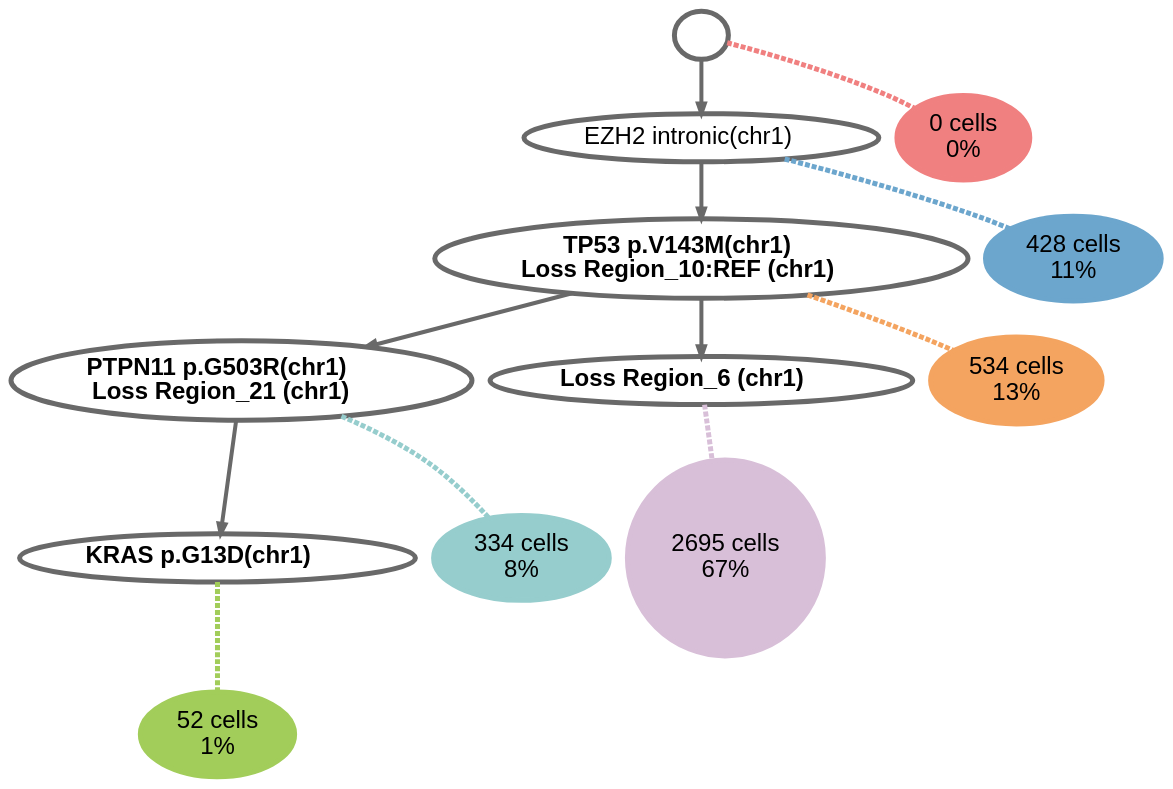
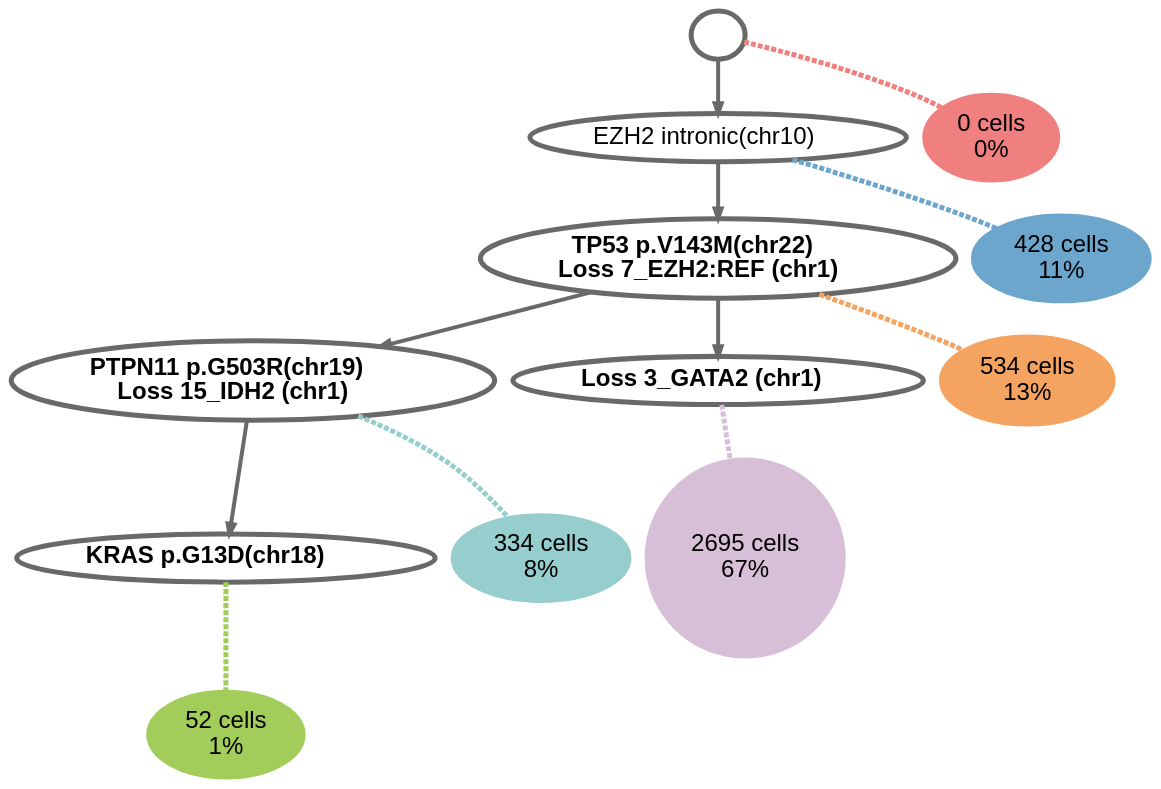
One commit to pawlakG/ScIGMA changed the diagram in results/compass_output/AML-101-001/AML-101-001_c8_l50_tree.gv. Above: the diagram before and after it, drawn with Graphviz. The commit also changed 144 other files, not shown here.

Commit message:
Fix chromosome label. Still bug on loss and gain chromosome anotation

```diff
--- a/results/compass_output/AML-101-001/AML-101-001_c8_l50_tree.gv
+++ b/results/compass_output/AML-101-001/AML-101-001_c8_l50_tree.gv
@@ -1,26 +1,26 @@
 digraph G{
 node [color=dimgray fontsize=24 fontcolor=black fontname=Helvetica penwidth=5];
 0 -> 1 [color=dimgray penwidth=4 weight=2];
 1 -> 2 [color=dimgray penwidth=4 weight=2];
 2 -> 3 [color=dimgray penwidth=4 weight=2];
 2 -> 4 [color=dimgray penwidth=4 weight=2];
 3 -> 5 [color=dimgray penwidth=4 weight=2];
 0[label=< >];
-1[label=<EZH2 intronic(chr1)<br/>>];
-2[label=<<B>TP53 p.V143M(chr1)</B><br/><B>Loss Region_10:REF (chr1)</B><br/>>];
-3[label=<<B>PTPN11 p.G503R(chr1)</B><br/><B>Loss Region_21 (chr1)</B><br/>>];
-4[label=<<B>Loss Region_6 (chr1)</B><br/>>];
-5[label=<<B>KRAS p.G13D(chr1)</B><br/>>];
+1[label=<EZH2 intronic(chr10)<br/>>];
+2[label=<<B>TP53 p.V143M(chr22)</B><br/><B>Loss 7_EZH2:REF (chr1)</B><br/>>];
+3[label=<<B>PTPN11 p.G503R(chr19)</B><br/><B>Loss 15_IDH2 (chr1)</B><br/>>];
+4[label=<<B>Loss 3_GATA2 (chr1)</B><br/>>];
+5[label=<<B>KRAS p.G13D(chr18)</B><br/>>];
 0 -> 6 [dir=none style=dashed weight=1 penwidth=5 color=lightcoral];
 1 -> 7 [dir=none style=dashed weight=1 penwidth=5 color=skyblue3];
 2 -> 8 [dir=none style=dashed weight=1 penwidth=5 color=sandybrown];
 3 -> 9 [dir=none style=dashed weight=1 penwidth=5 color=paleturquoise3];
 4 -> 10 [dir=none style=dashed weight=1 penwidth=5 color=thistle];
 5 -> 11 [dir=none style=dashed weight=1 penwidth=5 color=darkolivegreen3];
 6[label="0 cells\n0\%" style = filled width=0 height=0 color=lightcoral];
 7[label="428 cells\n11\%" style = filled width=1.08455 height=1.08455 color=skyblue3];
 8[label="534 cells\n13\%" style = filled width=1.21143 height=1.21143 color=sandybrown];
 9[label="334 cells\n8\%" style = filled width=0.958076 height=0.958076 color=paleturquoise3];
 10[label="2695 cells\n67\%" style = filled width=2.72149 height=2.72149 color=thistle];
 11[label="52 cells\n1\%" style = filled width=0.378032 height=0.378032 color=darkolivegreen3];
 }
```
